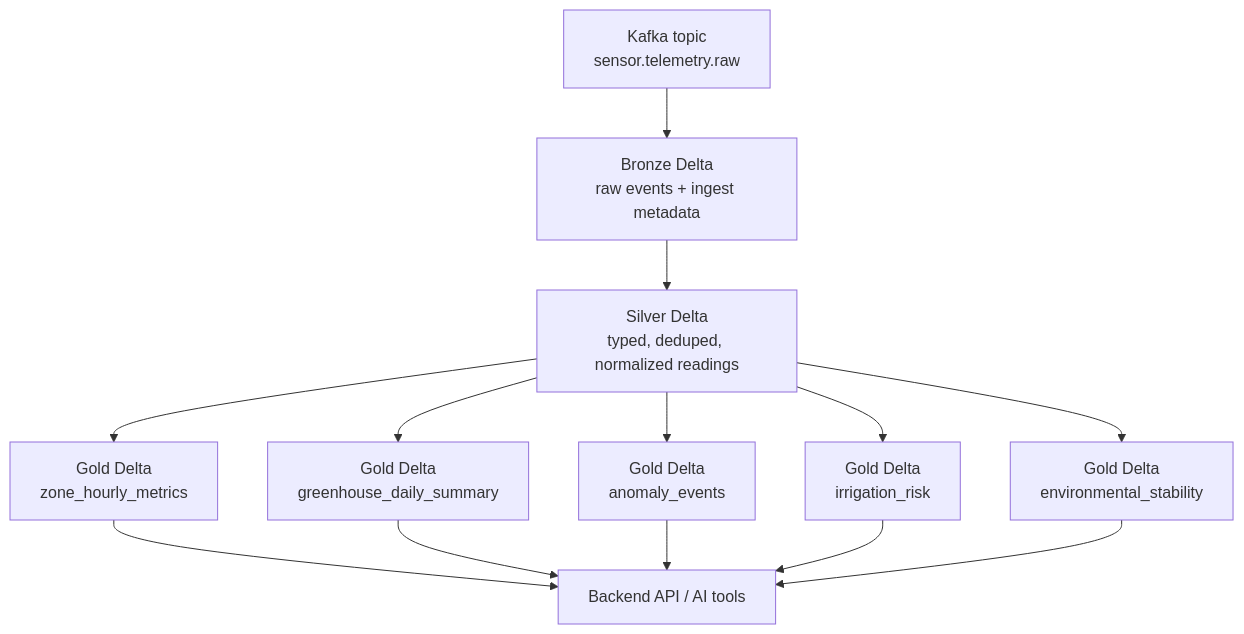
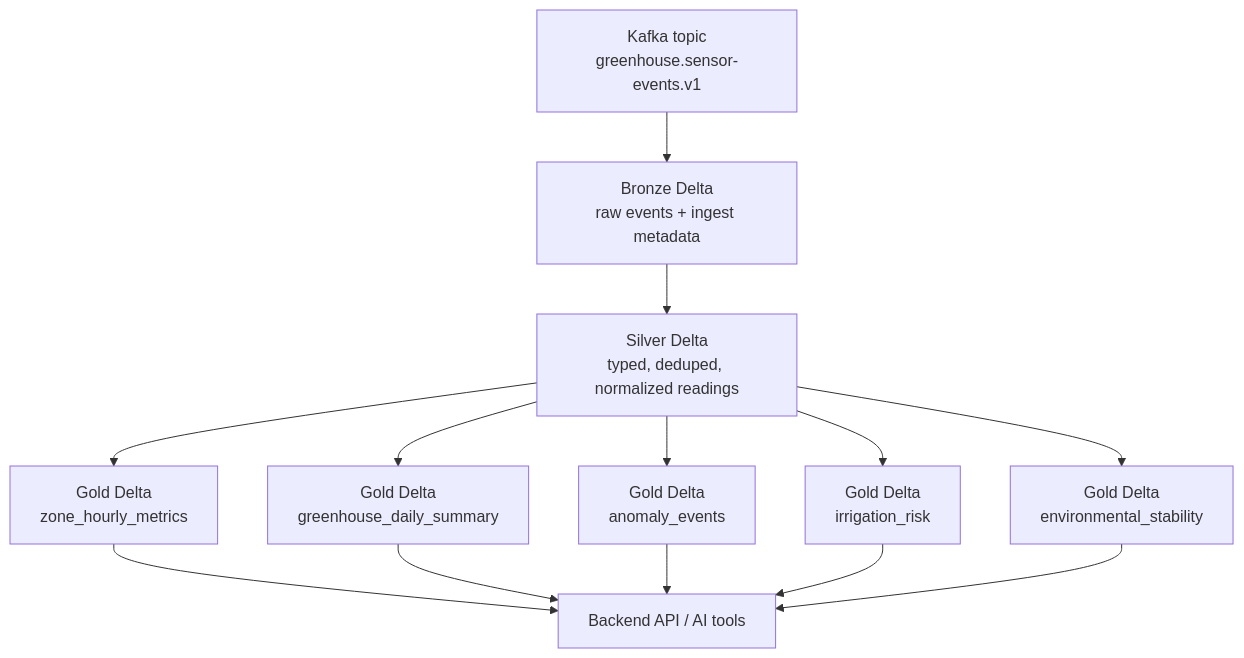
The second of 3 diagrams in INFRASTRUCTURE.md (aarushbhutra/sensor-analysis), drawn with Mermaid before and after one commit. The commit also changed other lines of this file and 9 other files, not shown here.

Commit message:
docs: align Kafka topic name

````diff
--- a/INFRASTRUCTURE.md
+++ b/INFRASTRUCTURE.md
@@ -238,15 +238,15 @@
 ```mermaid
 flowchart TD
-    RAW["Kafka topic\nsensor.telemetry.raw"] --> BRONZE["Bronze Delta\nraw events + ingest metadata"]
+    RAW["Kafka topic\ngreenhouse.sensor-events.v1"] --> BRONZE["Bronze Delta\nraw events + ingest metadata"]
     BRONZE --> SILVER["Silver Delta\ntyped, deduped, normalized readings"]
     SILVER --> GOLD1["Gold Delta\nzone_hourly_metrics"]
     SILVER --> GOLD2["Gold Delta\ngreenhouse_daily_summary"]
     SILVER --> GOLD3["Gold Delta\nanomaly_events"]
     SILVER --> GOLD4["Gold Delta\nirrigation_risk"]
     SILVER --> GOLD5["Gold Delta\nenvironmental_stability"]
     GOLD1 --> API["Backend API / AI tools"]
     GOLD2 --> API
     GOLD3 --> API
     GOLD4 --> API
     GOLD5 --> API
 ```
````
